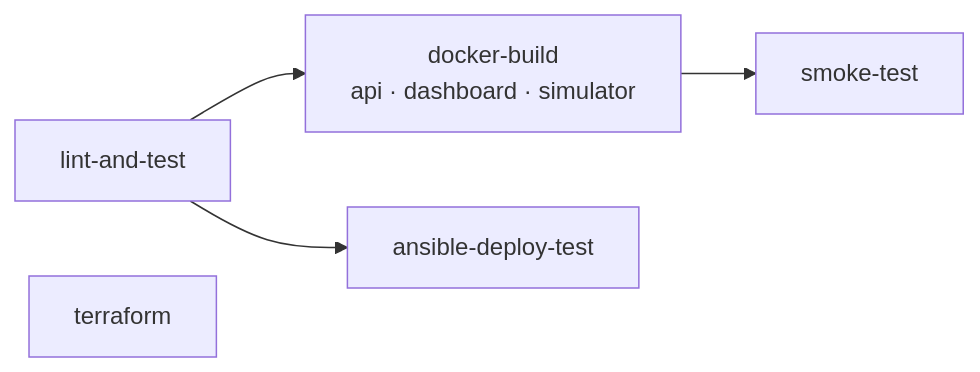
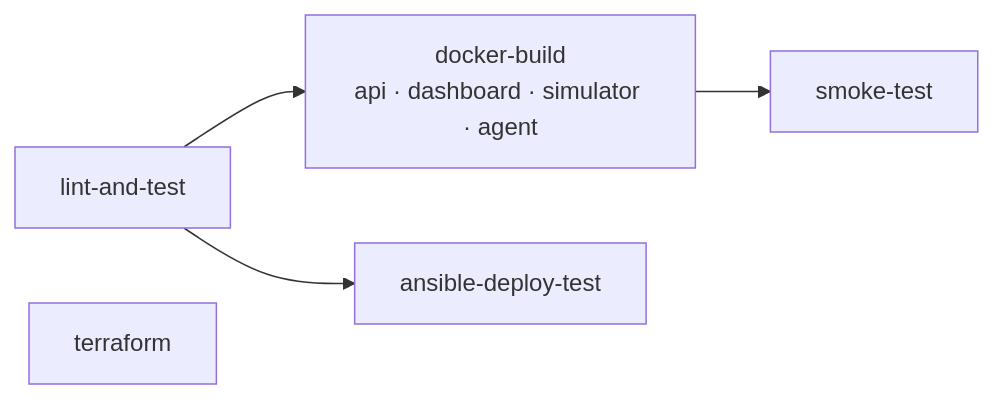
One commit to Ilsuyuksel133/smart-fleet changed the third of 4 diagrams in README.md. Above: the diagram before and after it, drawn with Mermaid. The commit also changed other lines of this file and 1 other file, not shown here.

Commit message:
docs: document the AI incident agent in the README and runbook

````diff
--- a/README.md
+++ b/README.md
@@ -68,7 +227,7 @@
 ```mermaid
 flowchart LR
-    lt[lint-and-test] --> db[docker-build<br/>api · dashboard · simulator]
+    lt[lint-and-test] --> db[docker-build<br/>api · dashboard · simulator · agent]
     db --> st[smoke-test]
     lt --> an[ansible-deploy-test]
     tf[terraform]
 ```
````
